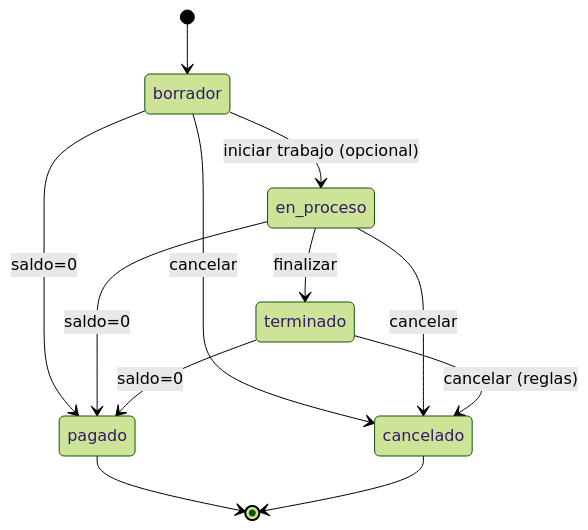
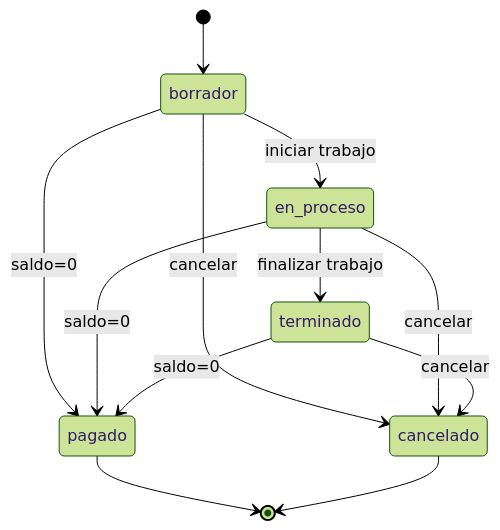
Before and after one commit to IgnacioVelazquez92/LavaderApp: diagram 26 of 31 in README.md, drawn with Mermaid (forest theme). The commit also changed other lines of this file and 22 other files, not shown here.

````diff
--- a/README.md
+++ b/README.md
@@ -2501,15 +2498,19 @@
 ```mermaid
 stateDiagram-v2
     [*] --> borrador
-    borrador --> en_proceso: iniciar trabajo (opcional)
-    en_proceso --> terminado: finalizar
-    %% Pago completo puede ocurrir desde estados no finales
+    borrador --> en_proceso: iniciar trabajo
+    en_proceso --> terminado: finalizar trabajo
+
+    %% Pagos (saldo=0) pueden cerrar en pagado desde estados no finales
     borrador --> pagado: saldo=0
     en_proceso --> pagado: saldo=0
     terminado --> pagado: saldo=0
+
+    %% Cancelación permitida hasta antes de pagado (según reglas de negocio)
     borrador --> cancelado: cancelar
     en_proceso --> cancelado: cancelar
-    terminado --> cancelado: cancelar (reglas)
+    terminado --> cancelado: cancelar
+
     pagado --> [*]
     cancelado --> [*]
 ```
````
